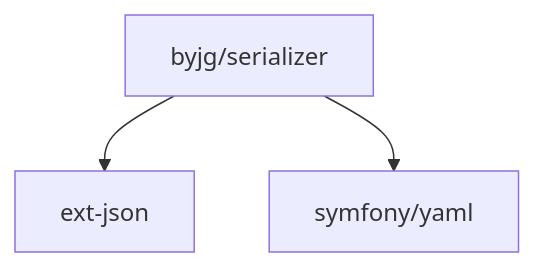
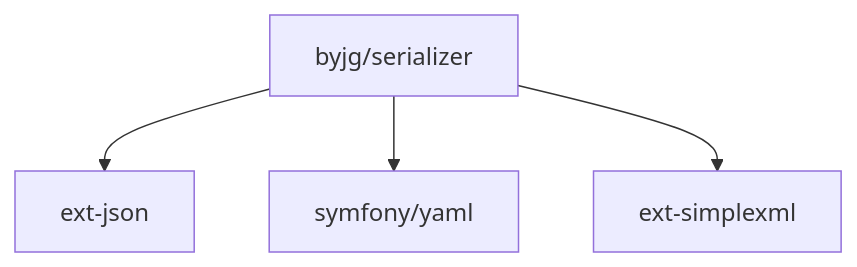
One commit to byjg/php-serializer changed the diagram in README.md. Above: the diagram before and after it, drawn with Mermaid. The commit also changed other lines of this file and 19 other files, not shown here.

````diff
--- a/README.md
+++ b/README.md
@@ -183,5 +196,6 @@
 ```mermaid
 flowchart TD
     byjg/serializer --> ext-json
     byjg/serializer --> symfony/yaml
+    byjg/serializer --> ext-simplexml
 ```
````
